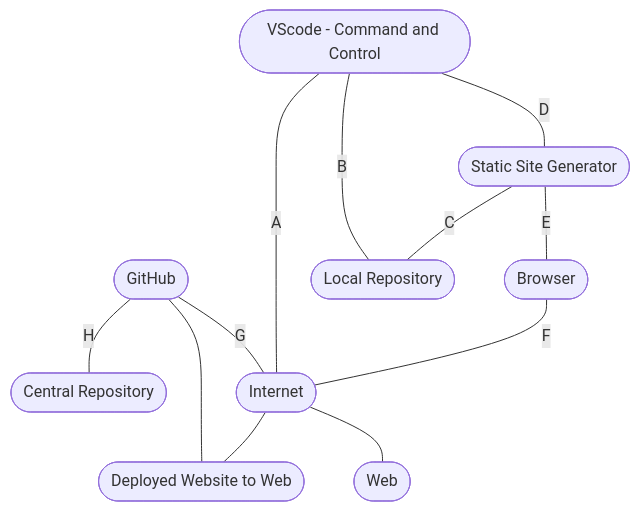
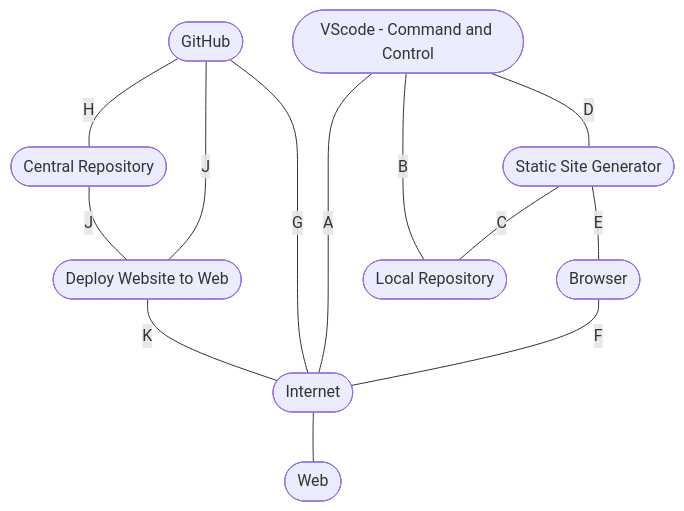
One commit to JohnTelford/mkdocs-2 changed the diagram in docs/website-development-stack.md. Above: the diagram before and after it, drawn with Mermaid.

Commit message:
refacfor

````diff
--- a/docs/website-development-stack.md
+++ b/docs/website-development-stack.md
@@ -15,37 +15,40 @@
 ``` mermaid
 flowchart TB
 	net([Internet]) 
 
 	web([Web])
 
-	net --- cdn([Deployed Website to Web])
+	crepo ---| J | cdn([Deploy Website to Web])
+
+	cdn ---| K | net
+
 	
 	net --- web
 
 	github([GitHub]) 
 
 	github ---| H | crepo([Central Repository])
 
-	github --- cdn
+	github ---| J | cdn
 
 	github ---| G | net
 	
 
 	vsc([VScode - Command and Control]) ---| A | net 
 	
 	vsc ---| B | lrepo([Local Repository])
 
 	ssg([Static Site Generator])
 
 	vsc ---| D |ssg
 
 	ssg ---| C | lrepo
 
 	brow([Browser])
 
 	ssg ---| E | brow
 
 	brow ---| F | net
 
 
 ```
````
